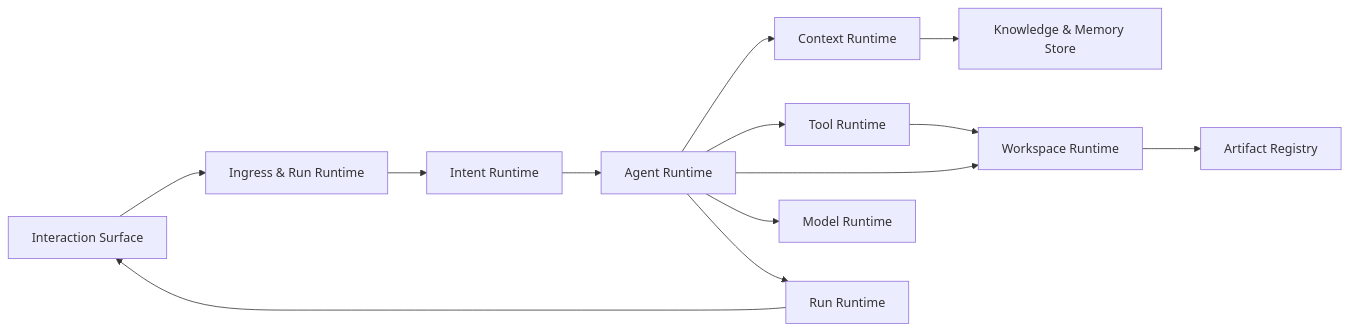
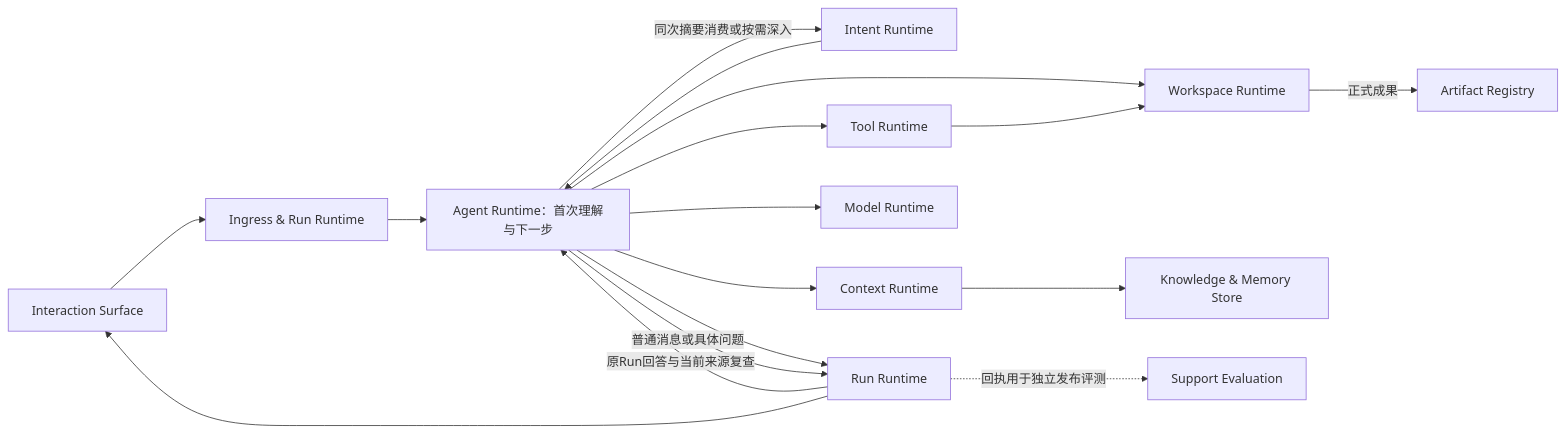
The diagram in ARCHITECTURE.md (Guozai3633/UAW), drawn with Mermaid before and after one commit. The commit also changed other lines of this file and 240 other files, not shown here.

````diff
--- a/ARCHITECTURE.md
+++ b/ARCHITECTURE.md
@@ -37,15 +45,19 @@
 ```mermaid
 flowchart LR
   FE[Interaction Surface] --> IN[Ingress & Run Runtime]
-  IN --> IR[Intent Runtime]
-  IR --> AR[Agent Runtime]
+  IN --> AR[Agent Runtime：首次理解与下一步]
+  AR -->|同次摘要消费或按需深入| IR[Intent Runtime]
+  IR --> AR
   AR --> CR[Context Runtime]
   AR --> TR[Tool Runtime]
   AR --> WR[Workspace Runtime]
   AR --> MR[Model Runtime]
   AR --> RR[Run Runtime]
   CR --> KR[Knowledge & Memory Store]
   TR --> WR
-  WR --> AT[Artifact Registry]
+  WR -->|正式成果| AT[Artifact Registry]
+  AR -->|普通消息或具体问题| RR
+  RR -->|原Run回答与当前来源复查| AR
+  RR -.回执用于独立发布评测.-> EV[Support Evaluation]
   RR --> FE
 ```
````
